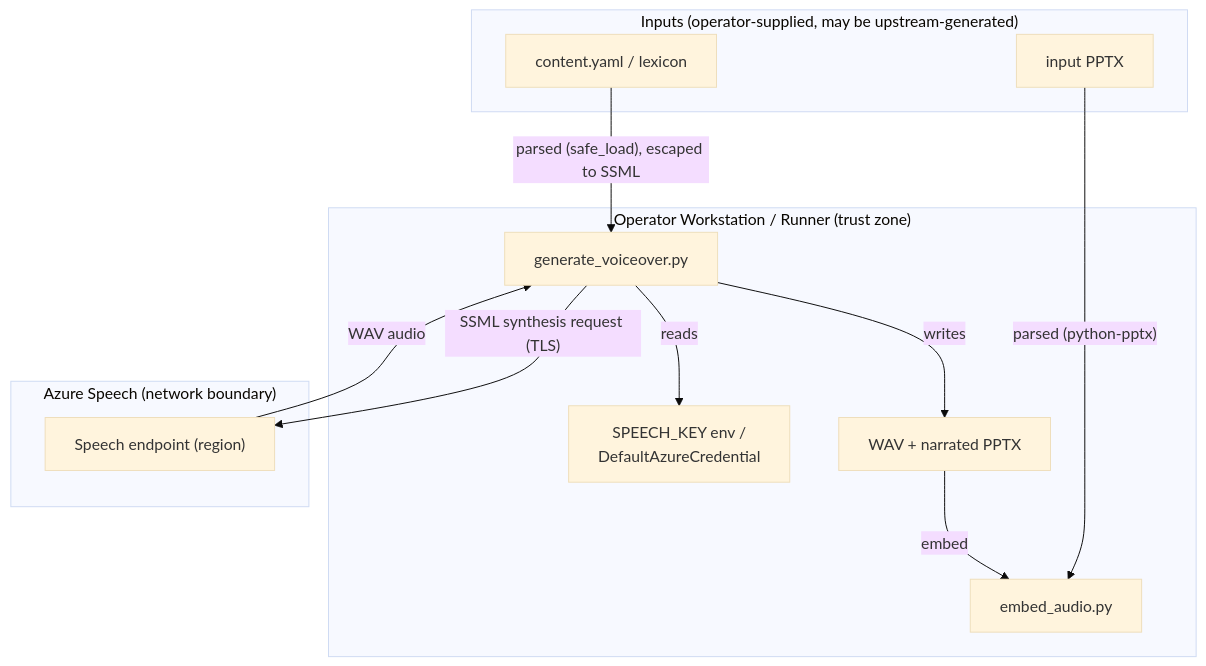
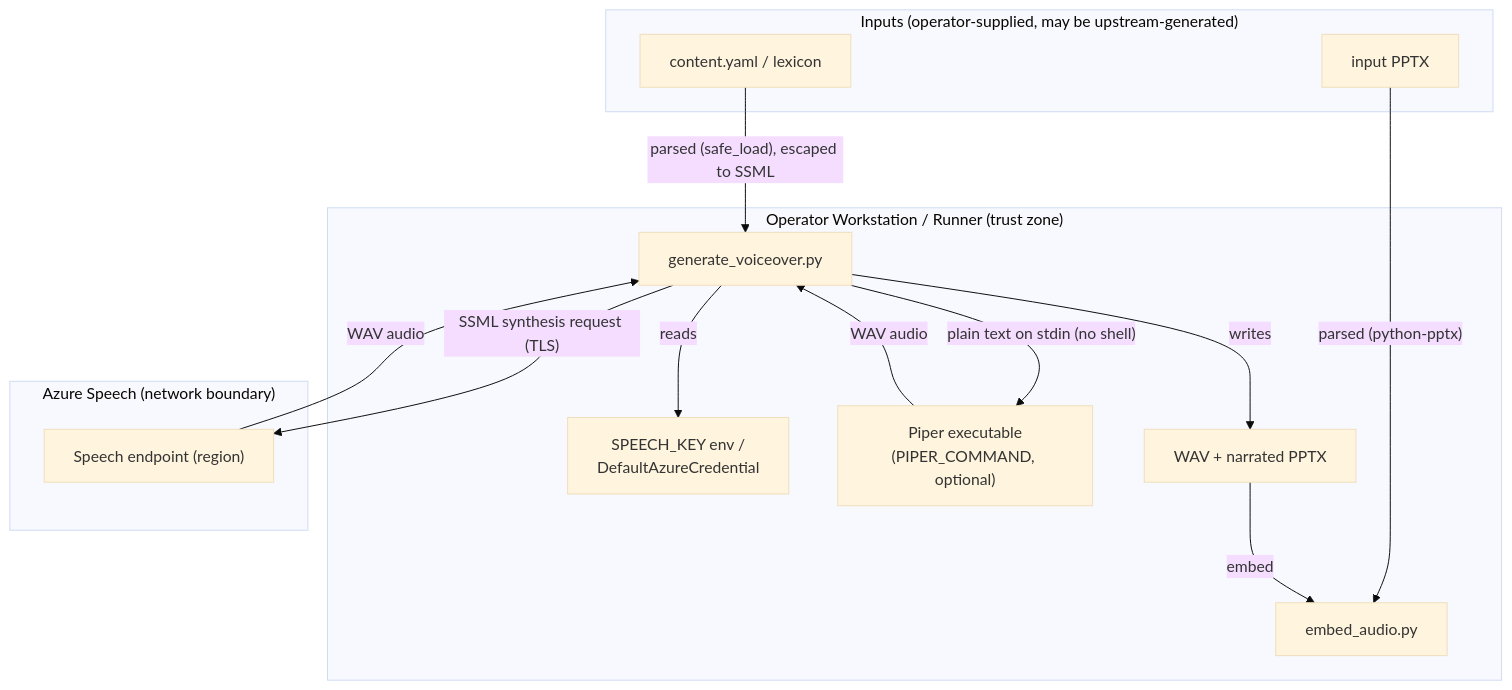
The diagram in .github/skills/experimental/tts-voiceover/SECURITY.md (asiapartners/hve-innovation), drawn with Mermaid (base theme) before and after one commit. The commit also changed other lines of this file and 701 other files, not shown here.

````diff
--- a/.github/skills/experimental/tts-voiceover/SECURITY.md
+++ b/.github/skills/experimental/tts-voiceover/SECURITY.md
@@ -61,23 +62,26 @@
 ```mermaid
 flowchart TD
     subgraph HOST["Operator Workstation / Runner (trust zone)"]
         GEN["generate_voiceover.py"]
         EMB["embed_audio.py"]
         CRED["SPEECH_KEY env /<br/>DefaultAzureCredential"]
+        PIPER["Piper executable<br/>(PIPER_COMMAND, optional)"]
         OUTW["WAV + narrated PPTX"]
     end
     subgraph INPUT["Inputs (operator-supplied, may be upstream-generated)"]
         YAML["content.yaml / lexicon"]
         PPTX["input PPTX"]
     end
     subgraph AZURE["Azure Speech (network boundary)"]
         SPEECH["Speech endpoint (region)"]
     end
     YAML -->|"parsed (safe_load), escaped to SSML"| GEN
     GEN -->|"reads"| CRED
     GEN -->|"SSML synthesis request (TLS)"| SPEECH
     SPEECH -->|"WAV audio"| GEN
+    GEN -->|"plain text on stdin (no shell)"| PIPER
+    PIPER -->|"WAV audio"| GEN
     GEN -->|"writes"| OUTW
     PPTX -->|"parsed (python-pptx)"| EMB
     OUTW -->|"embed"| EMB
 ```
````
